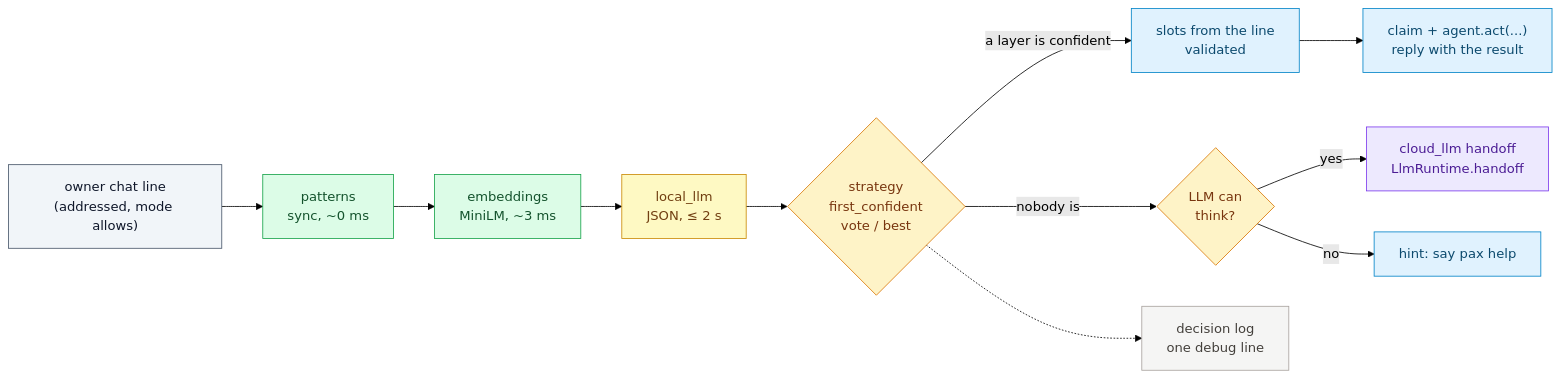
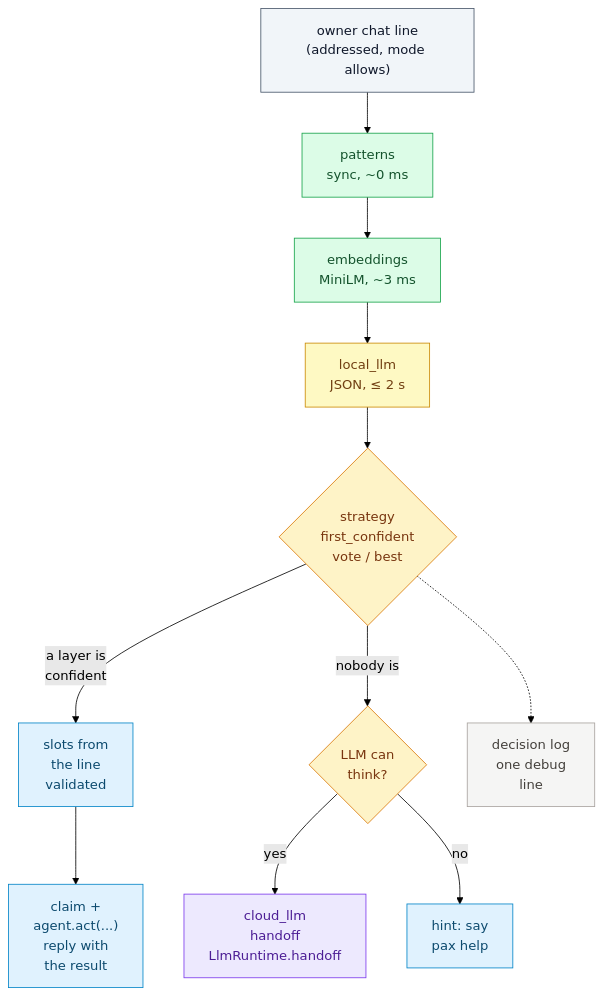
One commit to thereisnotime/golemkit changed the first of 2 diagrams in docs/guide/intents.md. Above: the diagram before and after it, drawn with Mermaid (forest theme). The commit also changed other lines of this file and 20 other files, not shown here.

First line of the commit message:
Docs: replace the last ASCII diagrams with mermaid, make wide charts top-down to fit the column

````diff
--- a/docs/guide/intents.md
+++ b/docs/guide/intents.md
@@ -54,34 +54,34 @@
 ```mermaid
-flowchart LR
+flowchart TD
   C["owner chat line<br/>(addressed, mode allows)"]
   P["patterns<br/>sync, ~0 ms"]
   E["embeddings<br/>MiniLM, ~3 ms"]
   L["local_llm<br/>JSON, &le; 2 s"]
   S{"strategy<br/>first_confident<br/>vote / best"}
-  V["slots from the line<br/>validated"]
-  ACT["claim + agent.act(...)<br/>reply with the result"]
+  V["slots from<br/>the line<br/>validated"]
+  ACT["claim +<br/>agent.act(...)<br/>reply with<br/>the result"]
   H{"LLM can<br/>think?"}
-  CL["cloud_llm handoff<br/>LlmRuntime.handoff"]
-  HINT["hint: say pax help"]
-  LOG["decision log<br/>one debug line"]
+  CL["cloud_llm<br/>handoff<br/>LlmRuntime.handoff"]
+  HINT["hint: say<br/>pax help"]
+  LOG["decision log<br/>one debug<br/>line"]
   C --> P --> E --> L --> S
-  S -- "a layer is confident" --> V --> ACT
+  S -- "a layer is<br/>confident" --> V --> ACT
   S -- "nobody is" --> H
   H -- yes --> CL
   H -- no --> HINT
   S -.-> LOG
   classDef in fill:#f1f5f9,stroke:#475569,color:#0f172a
   classDef layer fill:#dcfce7,stroke:#16a34a,color:#14532d
   classDef local fill:#fef9c3,stroke:#ca8a04,color:#713f12
   classDef dec fill:#fef3c7,stroke:#d97706,color:#78350f
   classDef act fill:#e0f2fe,stroke:#0284c7,color:#0c4a6e
   classDef llm fill:#ede9fe,stroke:#7c3aed,color:#4c1d95
   classDef log fill:#f5f5f4,stroke:#a8a29e,color:#44403c
   class C in
   class P,E layer
   class L local
   class S,H dec
   class V,ACT,HINT act
   class CL llm
   class LOG log
 ```
````
